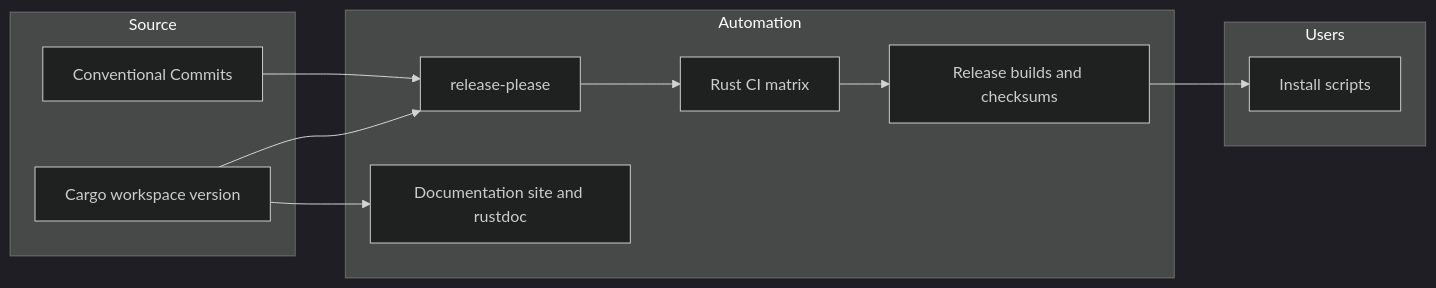
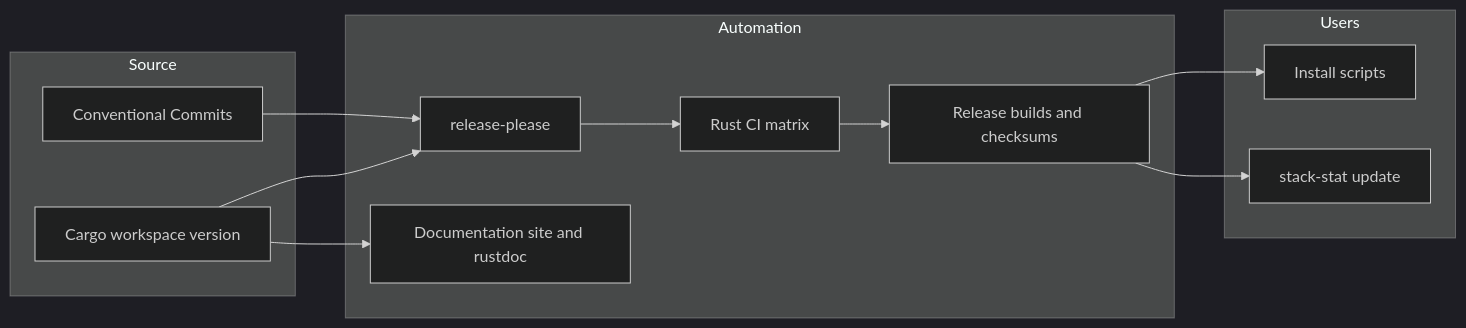
Before and after one commit to cam1se/stack-stat: the diagram in docs/architecture/03-distribution.md, drawn with Mermaid (dark theme). The commit also changed other lines of this file and 12 other files, not shown here.

````diff
--- a/docs/architecture/03-distribution.md
+++ b/docs/architecture/03-distribution.md
@@ -7,20 +7,22 @@
 ```mermaid
 flowchart LR
   subgraph Source
     Commits[Conventional Commits]
     Manifest[Cargo workspace version]
   end
   subgraph Automation
     RP[release-please]
     CI[Rust CI matrix]
     Release[Release builds and checksums]
     Pages[Documentation site and rustdoc]
   end
   subgraph Users
     Installer[Install scripts]
+    Update[stack-stat update]
   end
   Commits --> RP
   Manifest --> RP
   RP --> CI --> Release --> Installer
+  Release --> Update
   Manifest --> Pages
 ```
````
